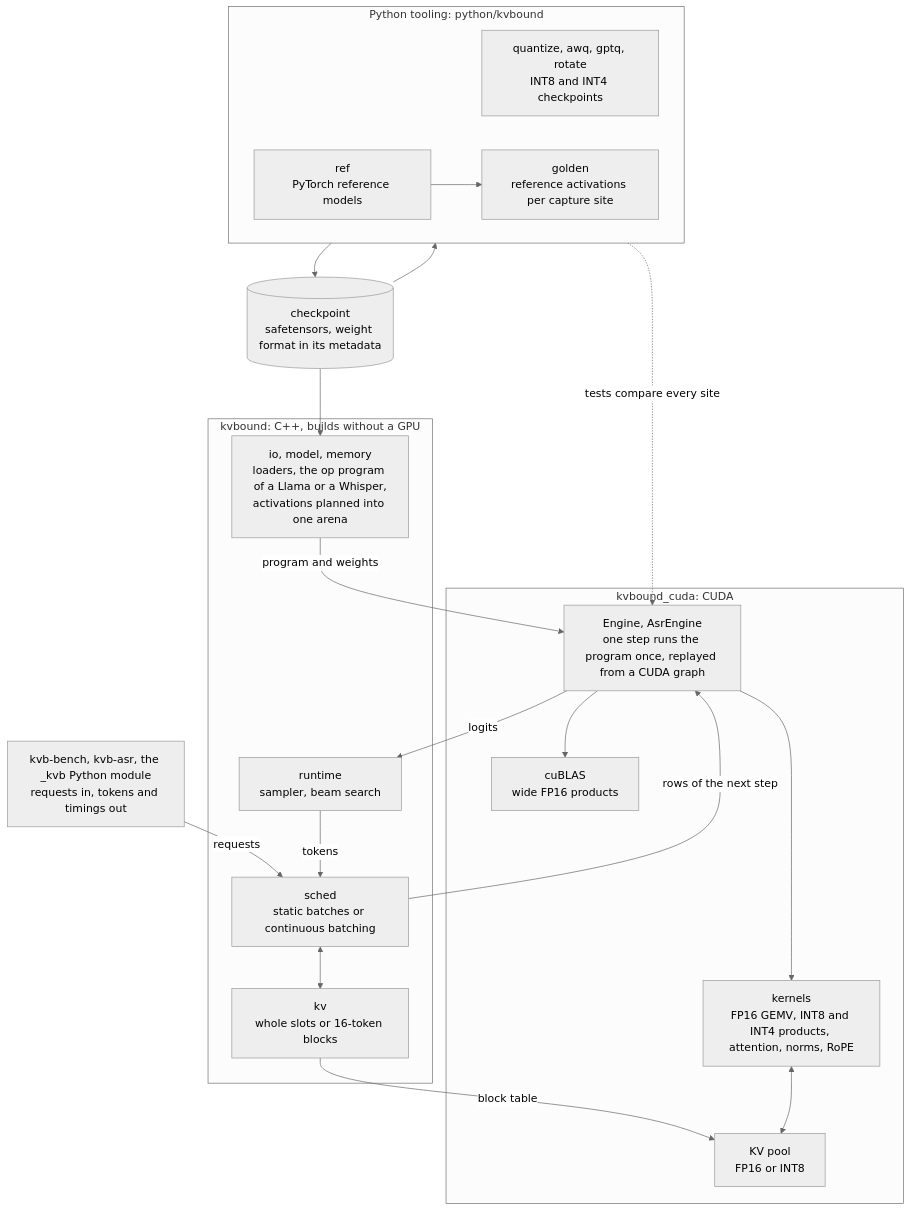
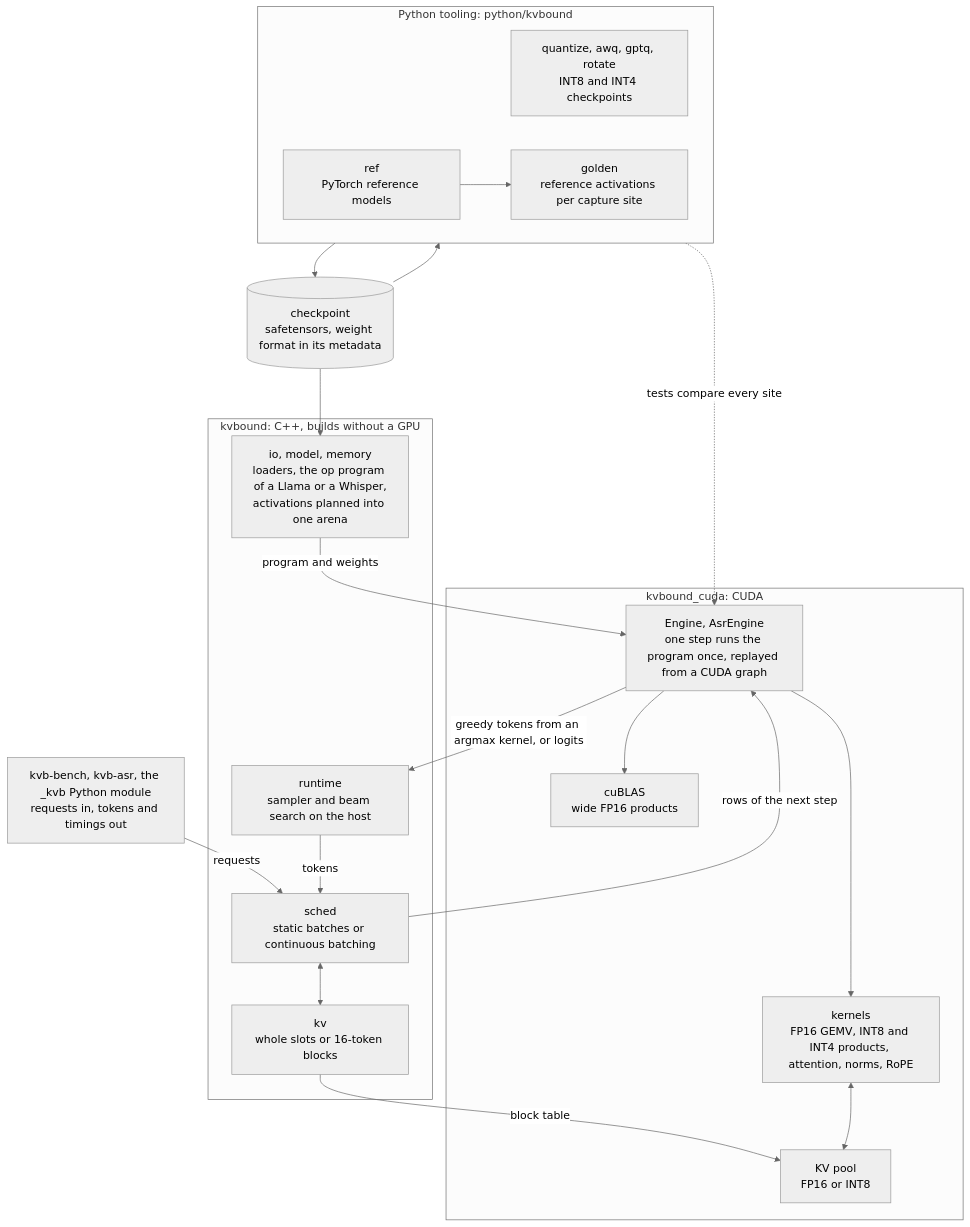
One commit to H-Khan26/kvbound changed the diagram in README.md. Above: the diagram before and after it, drawn with Mermaid (neutral theme). The commit also changed other lines of this file and 2 other files, not shown here.

````diff
--- a/README.md
+++ b/README.md
@@ -9,38 +9,38 @@
 ```mermaid
 flowchart TB
   subgraph PY["Python tooling: python/kvbound"]
     direction LR
     QUANT["quantize, awq, gptq, rotate<br/>INT8 and INT4 checkpoints"]
     REF["ref<br/>PyTorch reference models"]
     GOLD["golden<br/>reference activations per capture site"]
   end
   CKPT[("checkpoint<br/>safetensors, weight format in its metadata")]
   FRONT["kvb-bench, kvb-asr, the _kvb Python module<br/>requests in, tokens and timings out"]
   subgraph CPU["kvbound: C++, builds without a GPU"]
     LOAD["io, model, memory<br/>loaders, the op program of a Llama or a Whisper,<br/>activations planned into one arena"]
     SCHED["sched<br/>static batches or continuous batching"]
     ALLOC["kv<br/>whole slots or 16-token blocks"]
-    SAMP["runtime<br/>sampler, beam search"]
+    SAMP["runtime<br/>sampler and beam search on the host"]
   end
   subgraph GPU["kvbound_cuda: CUDA"]
     ENG["Engine, AsrEngine<br/>one step runs the program once, replayed from a CUDA graph"]
     KERN["kernels<br/>FP16 GEMV, INT8 and INT4 products, attention, norms, RoPE"]
     BLAS["cuBLAS<br/>wide FP16 products"]
     POOL["KV pool<br/>FP16 or INT8"]
   end
 
   QUANT --> CKPT
   CKPT --> REF --> GOLD
   CKPT --> LOAD
   LOAD -->|program and weights| ENG
   FRONT -->|requests| SCHED
   SCHED -->|rows of the next step| ENG
   SCHED <--> ALLOC
   ALLOC -->|block table| POOL
   ENG --> KERN
   ENG --> BLAS
   KERN <--> POOL
-  ENG -->|logits| SAMP
+  ENG -->|greedy tokens from an argmax kernel, or logits| SAMP
   SAMP -->|tokens| SCHED
   GOLD -.->|tests compare every site| ENG
 ```
````
